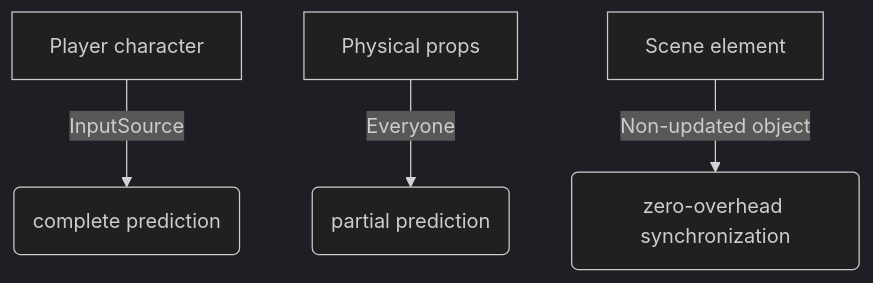
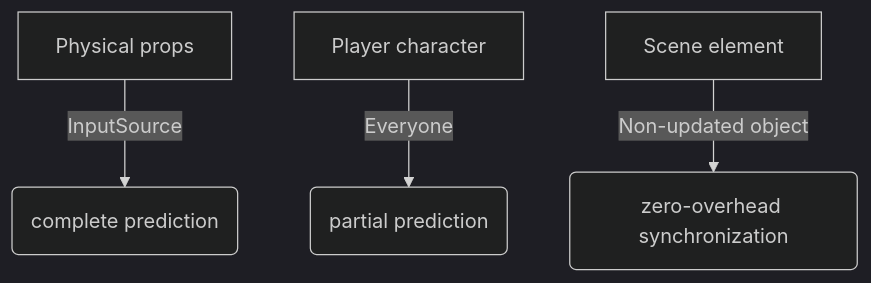
Before and after one commit to Canglangzi/NetickDocumentation: the fifth of 5 diagrams in NetworkNodes/English/Netick/notion/Prediction.md, drawn with Mermaid (dark theme). The commit also changed other lines of this file and 2 other files, not shown here.

````diff
--- a/NetworkNodes/English/Netick/notion/Prediction.md
+++ b/NetworkNodes/English/Netick/notion/Prediction.md
@@ -75,6 +69,6 @@
 ```mermaid
 graph TD
-A[Player character] -- InputSource --> B(complete prediction)
-C[Physical props] -- Everyone --> D(partial prediction)
+A[Physical props] -- InputSource --> B(complete prediction)
+C[Player character] -- Everyone --> D(partial prediction)
 E[Scene element] -- Non-updated object --> F(zero-overhead synchronization)
 ```
````
